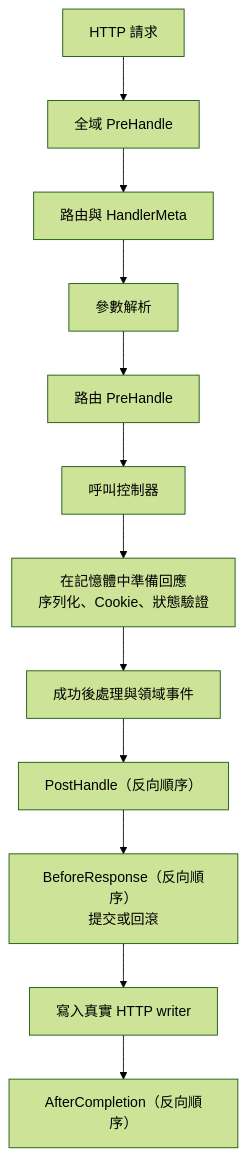
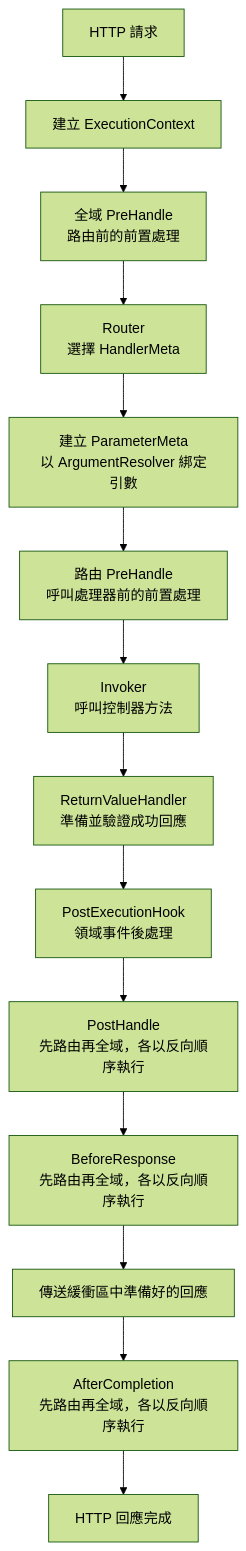
The diagram in docs/zh-Hant/learn/core-concepts/pipeline.md (NARUBROWN/spine-site), drawn with Mermaid (forest theme) before and after one commit. The commit also changed other lines of this file and 158 other files, not shown here.

````diff
--- a/docs/zh-Hant/learn/core-concepts/pipeline.md
+++ b/docs/zh-Hant/learn/core-concepts/pipeline.md
@@ -7,14 +13,31 @@
 ```mermaid
 graph TD
-    Request["HTTP 請求"] --> GlobalPre["全域 PreHandle"]
-    GlobalPre --> Route["路由與 HandlerMeta"]
-    Route --> Resolve["參數解析"]
-    Resolve --> RoutePre["路由 PreHandle"]
-    RoutePre --> Invoke["呼叫控制器"]
-    Invoke --> Prepare["在記憶體中準備回應\n序列化、Cookie、狀態驗證"]
-    Prepare --> Events["成功後處理與領域事件"]
-    Events --> Post["PostHandle（反向順序）"]
-    Post --> Before["BeforeResponse（反向順序）\n提交或回滾"]
-    Before --> Flush["寫入真實 HTTP writer"]
-    Flush --> After["AfterCompletion（反向順序）"]
+    Request["HTTP 請求"]
+    Context["建立 ExecutionContext"]
+    GlobalPre["全域 PreHandle<br>路由前的前置處理"]
+    Router["Router<br>選擇 HandlerMeta"]
+    Binding["建立 ParameterMeta<br>以 ArgumentResolver 綁定引數"]
+    RoutePre["路由 PreHandle<br>呼叫處理器前的前置處理"]
+    Handler["Invoker<br>呼叫控制器方法"]
+    Return["ReturnValueHandler<br>準備並驗證成功回應"]
+    Hook["PostExecutionHook<br>領域事件後處理"]
+    Post["PostHandle<br>先路由再全域，各以反向順序執行"]
+    Before["BeforeResponse<br>先路由再全域，各以反向順序執行"]
+    Flush["傳送緩衝區中準備好的回應"]
+    After["AfterCompletion<br>先路由再全域，各以反向順序執行"]
+    Response["HTTP 回應完成"]
+
+    Request --> Context
+    Context --> GlobalPre
+    GlobalPre --> Router
+    Router --> Binding
+    Binding --> RoutePre
+    RoutePre --> Handler
+    Handler --> Return
+    Return --> Hook
+    Hook --> Post
+    Post --> Before
+    Before --> Flush
+    Flush --> After
+    After --> Response
 ```
````
